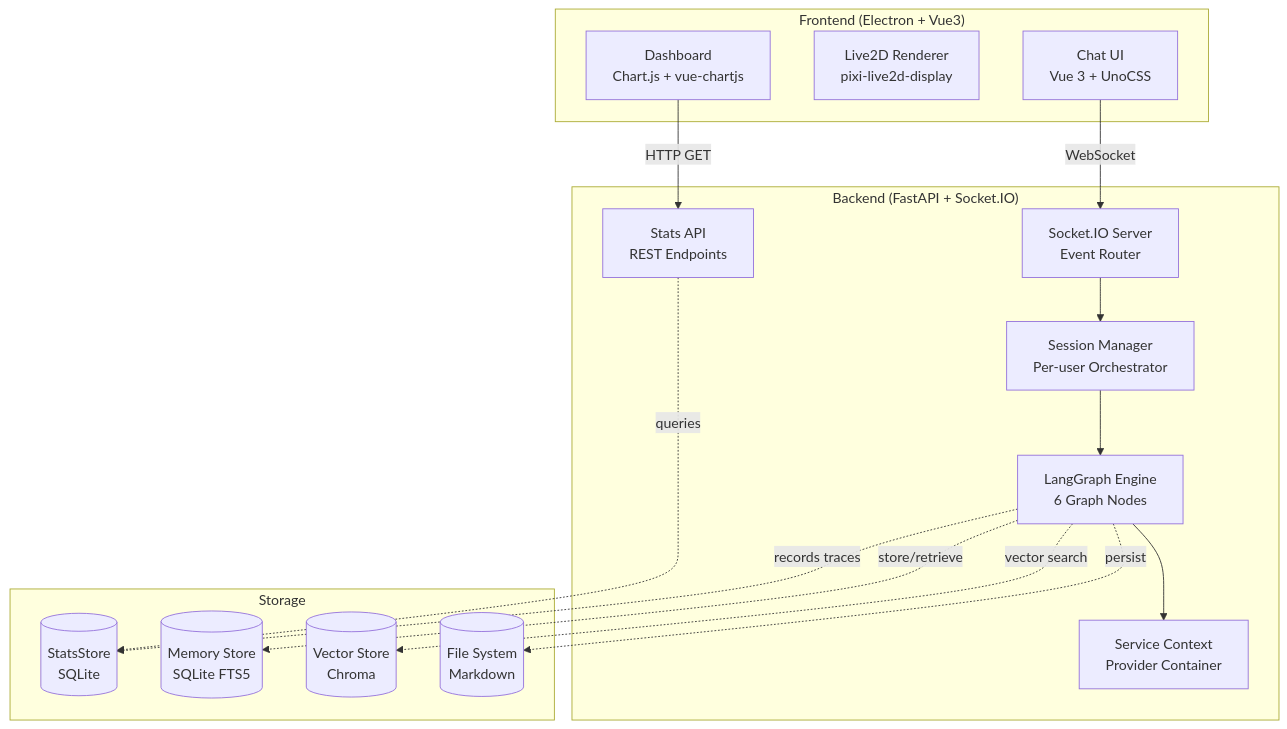
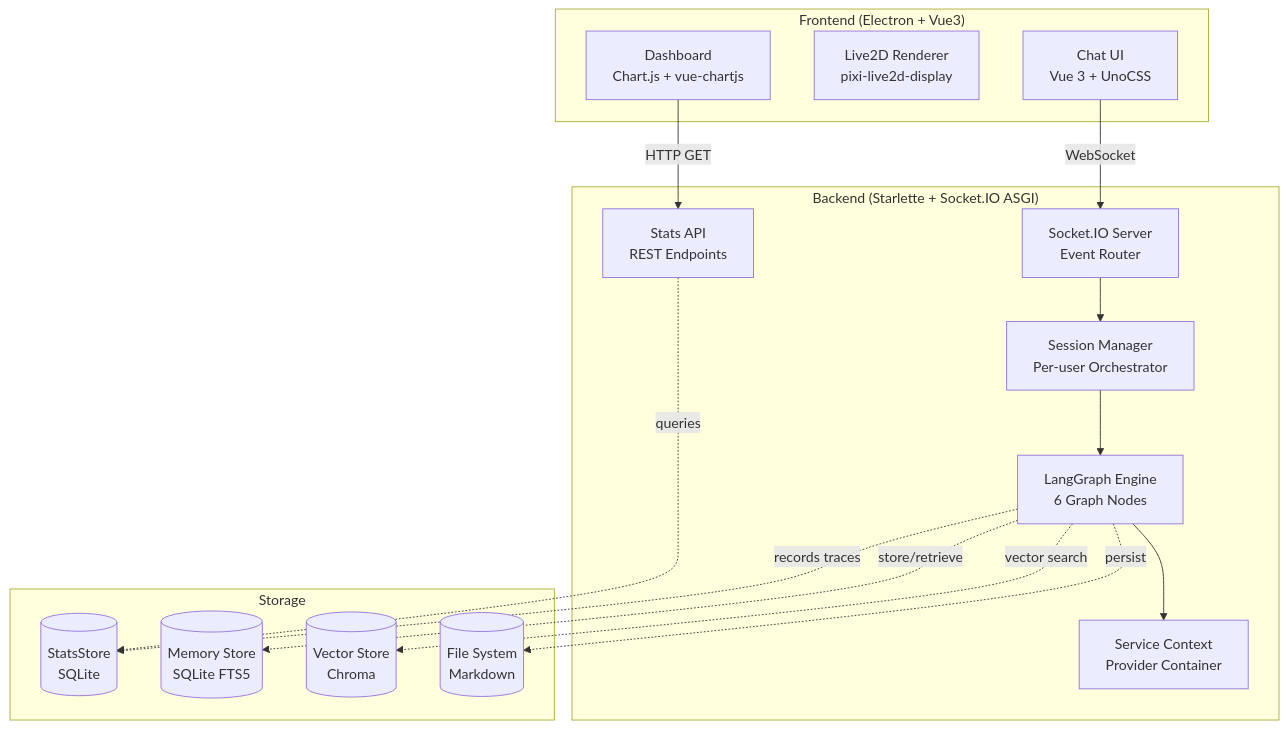
The second of 4 diagrams in docs/architecture/overview.md (loiter74/Anima-LLM-Vtuber), drawn with Mermaid before and after one commit. The commit also changed other lines of this file and 37 other files, not shown here.

````diff
--- a/docs/architecture/overview.md
+++ b/docs/architecture/overview.md
@@ -43,32 +43,32 @@
 ```mermaid
 graph TB
     subgraph "Frontend (Electron + Vue3)"
         UI[Chat UI<br/>Vue 3 + UnoCSS]
         L2D[Live2D Renderer<br/>pixi-live2d-display]
         DASH[Dashboard<br/>Chart.js + vue-chartjs]
     end
-    subgraph "Backend (FastAPI + Socket.IO)"
+    subgraph "Backend (Starlette + Socket.IO ASGI)"
         SIO[Socket.IO Server<br/>Event Router]
         SM[Session Manager<br/>Per-user Orchestrator]
         LG[LangGraph Engine<br/>6 Graph Nodes]
         SC[Service Context<br/>Provider Container]
         STATS[Stats API<br/>REST Endpoints]
     end
     subgraph "Storage"
         SS[(StatsStore<br/>SQLite)]
         MS[(Memory Store<br/>SQLite FTS5)]
         VS[(Vector Store<br/>Chroma)]
         FS[(File System<br/>Markdown)]
     end
 
     UI -->|WebSocket| SIO
     DASH -->|HTTP GET| STATS
     SIO --> SM
     SM --> LG
     LG --> SC
     LG -.->|records traces| SS
     STATS -.->|queries| SS
     LG -.->|store/retrieve| MS
     LG -.->|vector search| VS
     LG -.->|persist| FS
 ```
````
